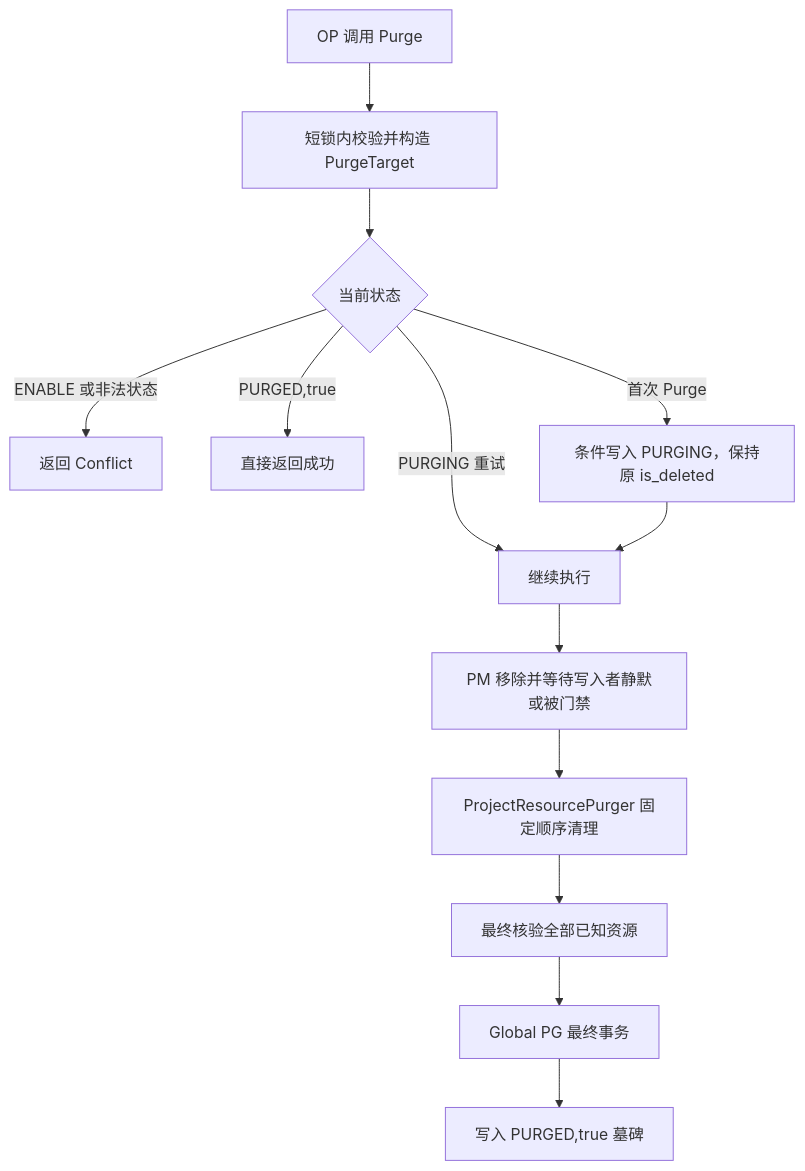
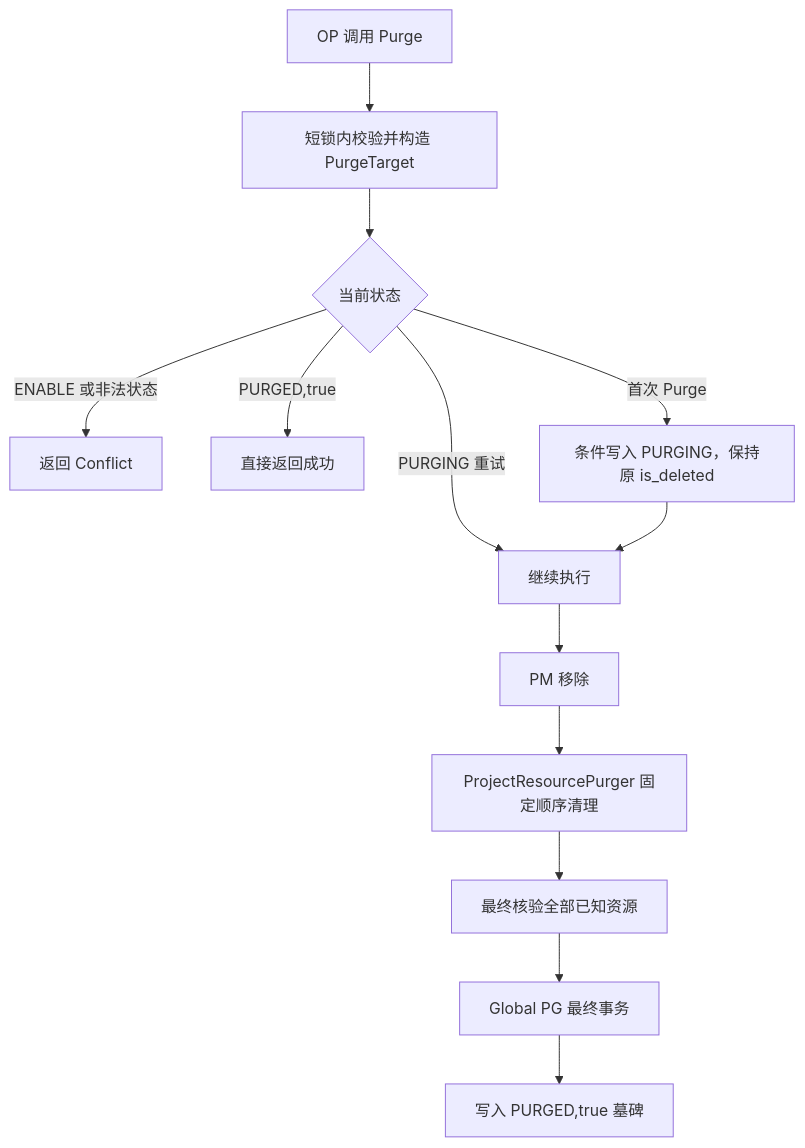
One commit to qinwenshiCH/workflow changed the fifth of 7 diagrams in specs/20260716-Wave-Refac-OrganizationProjectLifecycle/03-plan.md. Above: the diagram before and after it, drawn with Mermaid. The commit also changed other lines of this file and 4 other files, not shown here.

````diff
--- a/specs/20260716-Wave-Refac-OrganizationProjectLifecycle/03-plan.md
+++ b/specs/20260716-Wave-Refac-OrganizationProjectLifecycle/03-plan.md
@@ -178,15 +196,15 @@
 ```mermaid
 flowchart TD
     A["OP 调用 Purge"] --> B["短锁内校验并构造 PurgeTarget"]
     B --> C{"当前状态"}
     C -->|"ENABLE 或非法状态"| X["返回 Conflict"]
     C -->|"PURGED,true"| Z["直接返回成功"]
     C -->|"首次 Purge"| D["条件写入 PURGING，保持原 is_deleted"]
     C -->|"PURGING 重试"| E["继续执行"]
     D --> E
-    E --> F["PM 移除并等待写入者静默或被门禁"]
+    E --> F["PM 移除"]
     F --> G["ProjectResourcePurger 固定顺序清理"]
     G --> H["最终核验全部已知资源"]
     H --> I["Global PG 最终事务"]
     I --> J["写入 PURGED,true 墓碑"]
 ```
````
